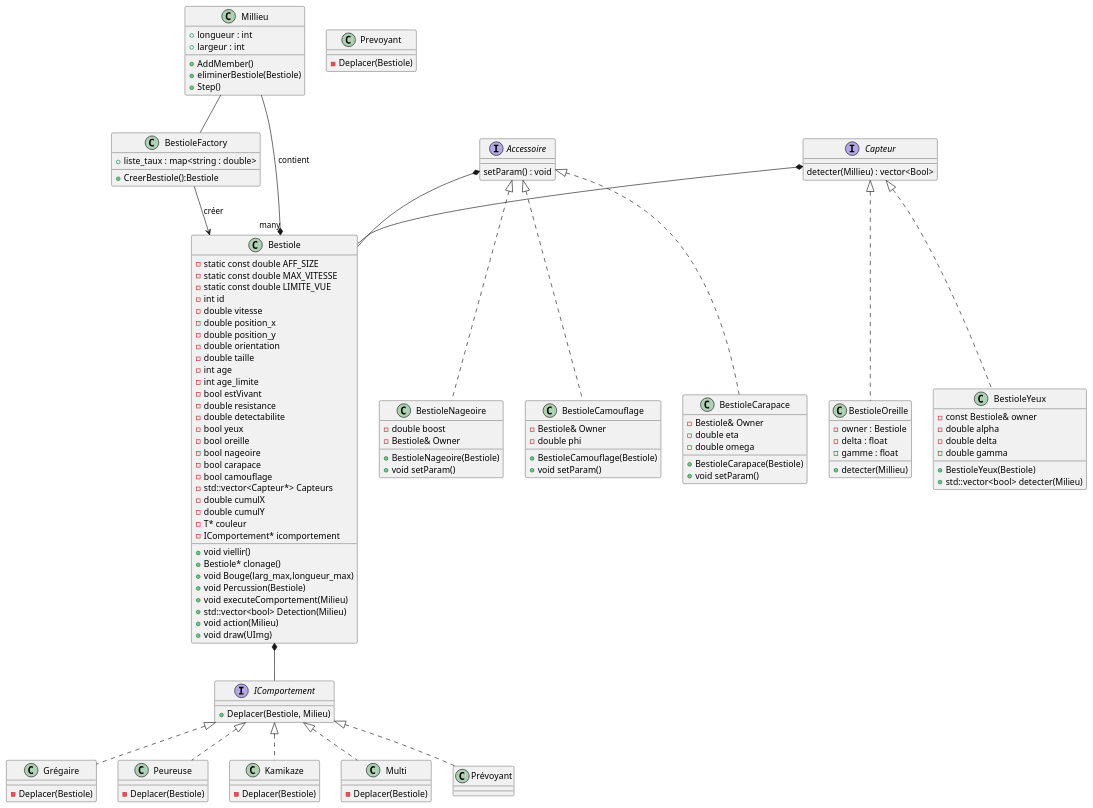
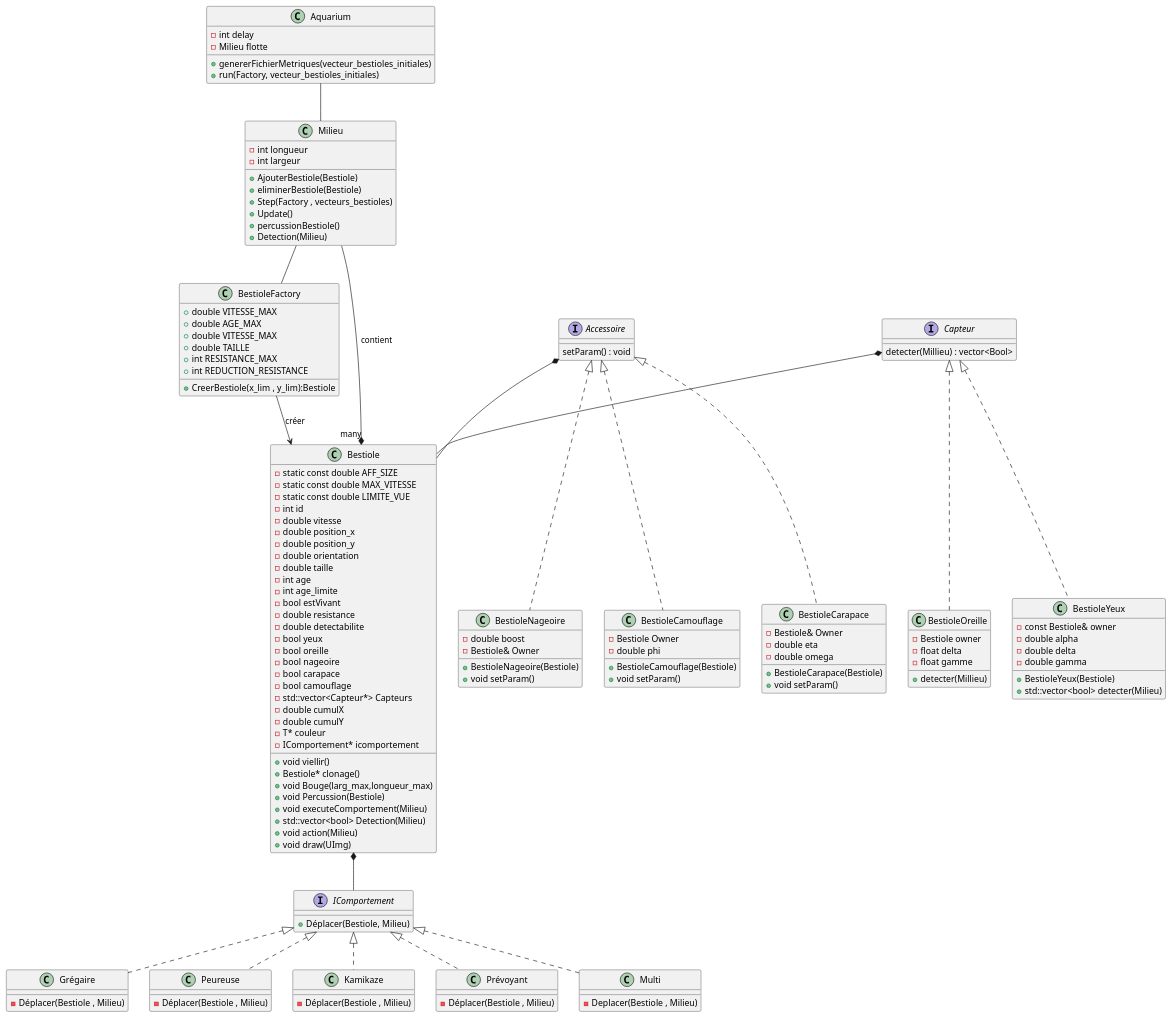
The diagram in diagramme.puml (nacer605/BE2), drawn with PlantUML before and after one commit.

Commit message:
diagramme de classe

```diff
--- a/diagramme.puml
+++ b/diagramme.puml
@@ -1,158 +1,186 @@
 @startuml dd
 
 class BestioleFactory {
-  + liste_taux : map<string : double>
-  + CreerBestiole():Bestiole
+
+  + CreerBestiole(x_lim , y_lim):Bestiole
+  +double VITESSE_MAX 
+  +double AGE_MAX 
+  +double VITESSE_MAX
+  +double TAILLE 
+  +int RESISTANCE_MAX 
+  +int REDUCTION_RESISTANCE
+
 }
 
 class Bestiole {
   - static const double AFF_SIZE
   - static const double MAX_VITESSE
   - static const double LIMITE_VUE
   - int id
   - double vitesse
   - double position_x
   - double position_y
   - double orientation
   - double taille
   - int age
   - int age_limite
   - bool estVivant
   - double resistance
   - double detectabilite
   - bool yeux
   - bool oreille
   - bool nageoire
   - bool carapace
   - bool camouflage
   - std::vector<Capteur*> Capteurs
   - double cumulX
   - double cumulY
   - T* couleur
   - IComportement* icomportement
 
   + void viellir()
   + Bestiole* clonage()
   + void Bouge(larg_max,longueur_max)
   + void Percussion(Bestiole)
   + void executeComportement(Milieu)
   + std::vector<bool> Detection(Milieu)
   + void action(Milieu)
   + void draw(UImg)
+
 }
 
-class Millieu {
- + longueur : int
- + largeur : int
- +AddMember()
+class Milieu {
+ - int longueur
+ - int largeur
+
+ +AjouterBestiole(Bestiole)
  +eliminerBestiole(Bestiole)
- +Step()
+ +Step(Factory , vecteurs_bestioles)
+ +Update()
+ +percussionBestiole()
+ +Detection(Milieu)
 }
 
+
+
+class Aquarium {
+    - int delay 
+    - Milieu flotte
+
+    + genererFichierMetriques(vecteur_bestioles_initiales)
+    + run(Factory, vecteur_bestioles_initiales)
+}
+
+
+
+
 class BestioleOreille {
-    - owner : Bestiole
-    - delta : float
-    - gamme : float
+    - Bestiole owner 
+    - float delta 
+    - float gamme 
     + detecter(Millieu) 
 
 }
 
 Interface Accessoire {
   setParam() : void
 }
 
 Interface Capteur {
   detecter(Millieu) : vector<Bool>
 }
 
 
 class BestioleNageoire {
   - double boost
   - Bestiole& Owner
 
   + BestioleNageoire(Bestiole)
   + void setParam()
 }
 
 class BestioleCamouflage {
-  - Bestiole& Owner
+  - Bestiole Owner
   - double phi
 
   + BestioleCamouflage(Bestiole)
   + void setParam()
 }
 
 class BestioleCarapace {
   - Bestiole& Owner
   - double eta
   - double omega
 
   + BestioleCarapace(Bestiole)
   + void setParam()
 }
 
 
 class BestioleYeux {
   - const Bestiole& owner
   - double alpha
   - double delta
   - double gamma
 
   + BestioleYeux(Bestiole)
   + std::vector<bool> detecter(Milieu)
 }
 
 interface IComportement {
-  + Deplacer(Bestiole, Milieu)
+  + Déplacer(Bestiole, Milieu)
 }
 
 class Grégaire {
-    -Deplacer(Bestiole) 
+    -Déplacer(Bestiole , Milieu) 
 
 }
 
 class Peureuse{
-    -Deplacer(Bestiole) 
+    -Déplacer(Bestiole , Milieu) 
 
 }
 
 class Kamikaze{
-    -Deplacer(Bestiole) 
+    -Déplacer(Bestiole , Milieu) 
 }
 
-class Prevoyant{
-    -Deplacer(Bestiole) 
+class Prévoyant{
+    -Déplacer(Bestiole , Milieu) 
 
 }
 
 
 class Multi{
-    -Deplacer(Bestiole) 
+    -Deplacer(Bestiole , Milieu) 
+    
 }
 
 BestioleFactory --> Bestiole : créer
 
 Capteur *-- Bestiole
 Capteur<|..BestioleOreille
 Capteur<|..BestioleYeux
 
 IComportement <|.. Grégaire
 IComportement <|.. Peureuse
 IComportement <|.. Kamikaze
 IComportement <|.. Prévoyant
 IComportement <|.. Multi
 Bestiole *-- IComportement
 
 
 
 Accessoire <|..BestioleNageoire
 Accessoire <|..BestioleCarapace
 Accessoire <|..BestioleCamouflage
 Accessoire *-- Bestiole
 
 
-Millieu --* "many" Bestiole : contient
+Milieu --* "many" Bestiole : contient
 
-Millieu -- BestioleFactory
+Milieu -- BestioleFactory
+
+Aquarium -- Milieu
 
 @enduml
```
